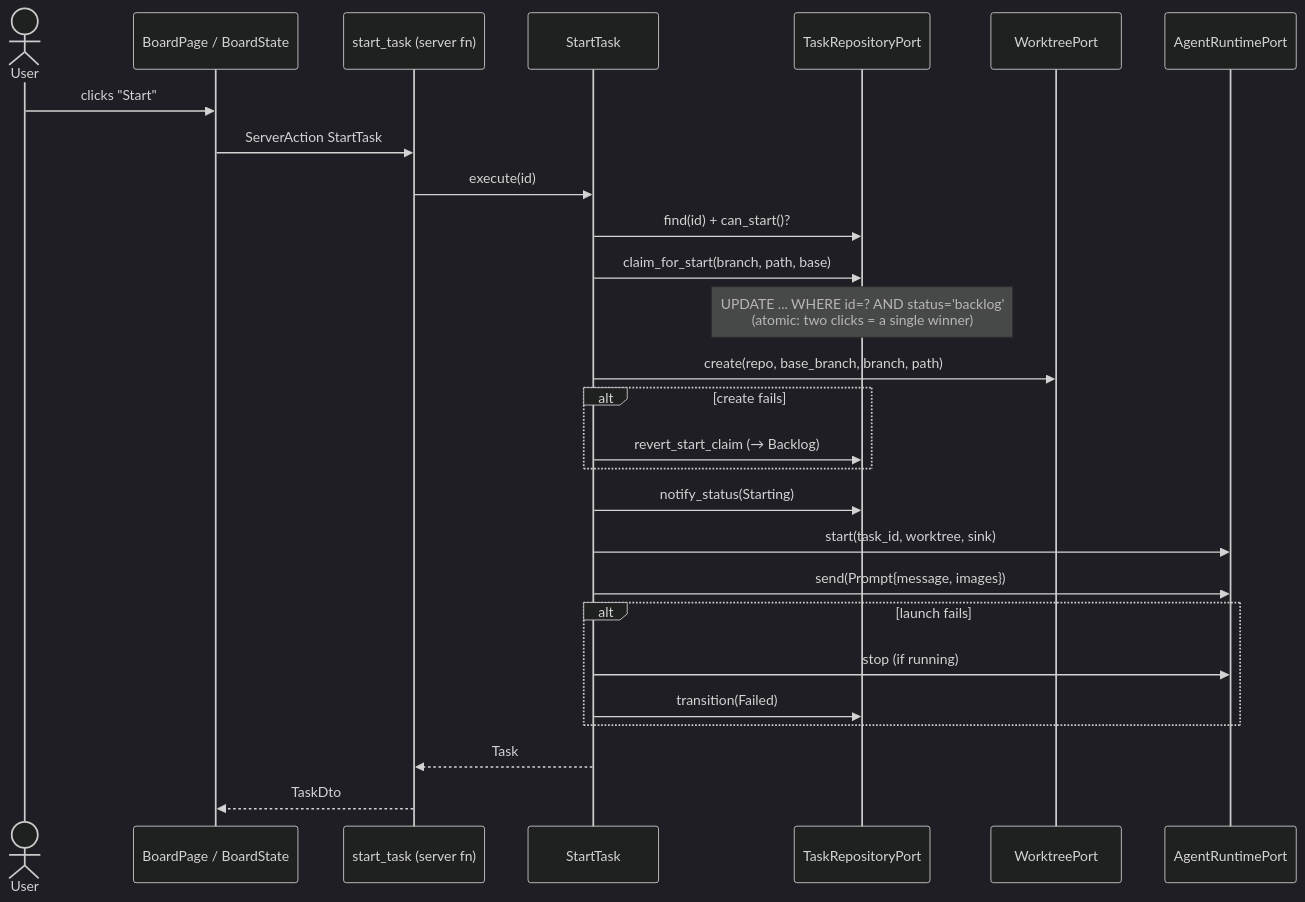
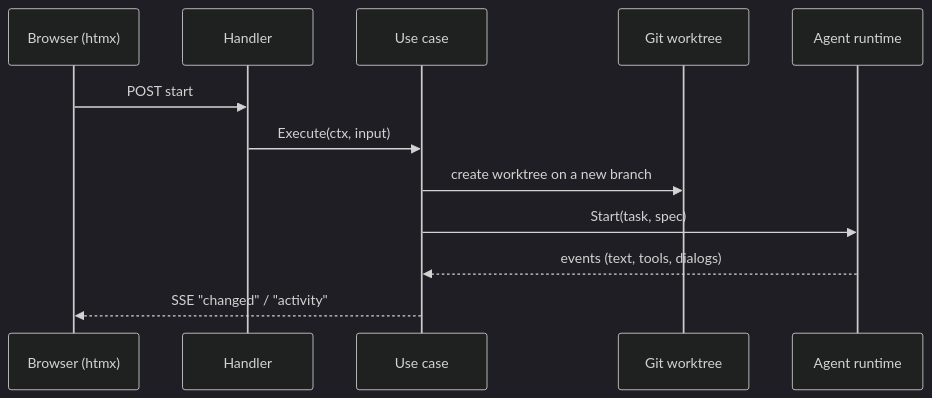
Before and after one commit to plopezm/iworkflow: the second of 2 diagrams in ARCHITECTURE.md, drawn with Mermaid (dark theme). The commit also changed other lines of this file and 1 other file, not shown here.

First line of the commit message:
docs(architecture): rewrite for the Go codebase

````diff
--- a/ARCHITECTURE.md
+++ b/ARCHITECTURE.md
@@ -700,29 +111,14 @@
 ```mermaid
 sequenceDiagram
-    actor U as User
-    participant UI as BoardPage / BoardState
-    participant SF as start_task (server fn)
-    participant UC as StartTask
-    participant R as TaskRepositoryPort
-    participant W as WorktreePort
-    participant RT as AgentRuntimePort
-    U->>UI: clicks "Start"
-    UI->>SF: ServerAction StartTask
-    SF->>UC: execute(id)
-    UC->>R: find(id) + can_start()?
-    UC->>R: claim_for_start(branch, path, base)
-    Note over R: UPDATE ... WHERE id=? AND status='backlog'<br/>(atomic: two clicks = a single winner)
-    UC->>W: create(repo, base_branch, branch, path)
-    alt create fails
-        UC->>R: revert_start_claim (→ Backlog)
-    end
-    UC->>R: notify_status(Starting)
-    UC->>RT: start(task_id, worktree, sink)
-    UC->>RT: send(Prompt{message, images})
-    alt launch fails
-        UC->>RT: stop (if running)
-        UC->>R: transition(Failed)
-    end
-    UC-->>SF: Task
-    SF-->>UI: TaskDto
+  participant B as Browser (htmx)
+  participant H as Handler
+  participant U as Use case
+  participant G as Git worktree
+  participant R as Agent runtime
+  B->>H: POST start
+  H->>U: Execute(ctx, input)
+  U->>G: create worktree on a new branch
+  U->>R: Start(task, spec)
+  R-->>U: events (text, tools, dialogs)
+  U-->>B: SSE "changed" / "activity"
 ```
````
